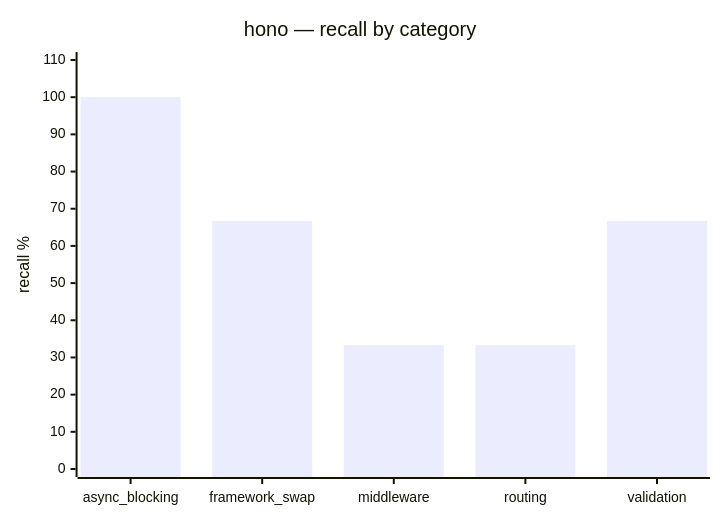
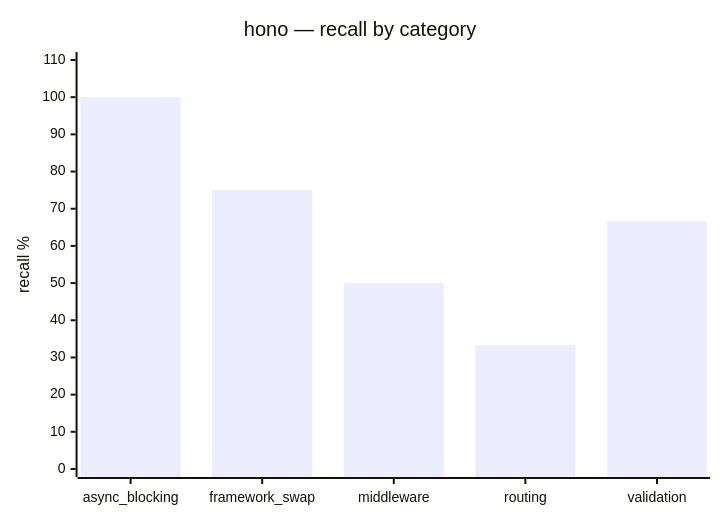
Before and after one commit to get-tmonier/argot: the fourth of 6 diagrams in benchmarks/results/baseline/latest/report.md, drawn with Mermaid. The commit also changed other lines of this file and 22 other files, not shown here.

````diff
--- a/benchmarks/results/baseline/latest/report.md
+++ b/benchmarks/results/baseline/latest/report.md
@@ -350,7 +370,7 @@
 ```mermaid
 xychart-beta
     title "hono — recall by category"
     x-axis ["async_blocking", "framework_swap", "middleware", "routing", "validation"]
     y-axis "recall %" 0 --> 110
-    bar [100.0, 66.7, 33.3, 33.3, 66.7]
+    bar [100.0, 75.0, 50.0, 33.3, 66.7]
 ```
````
